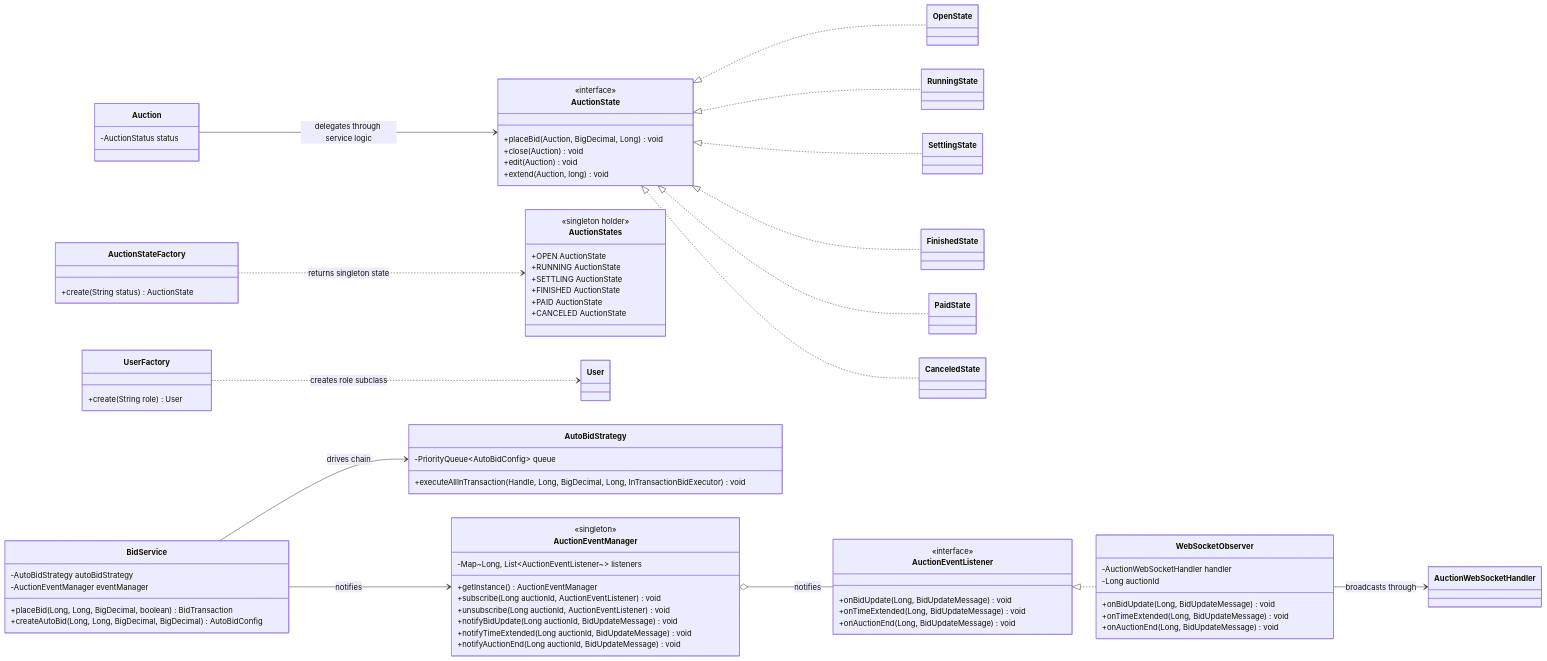
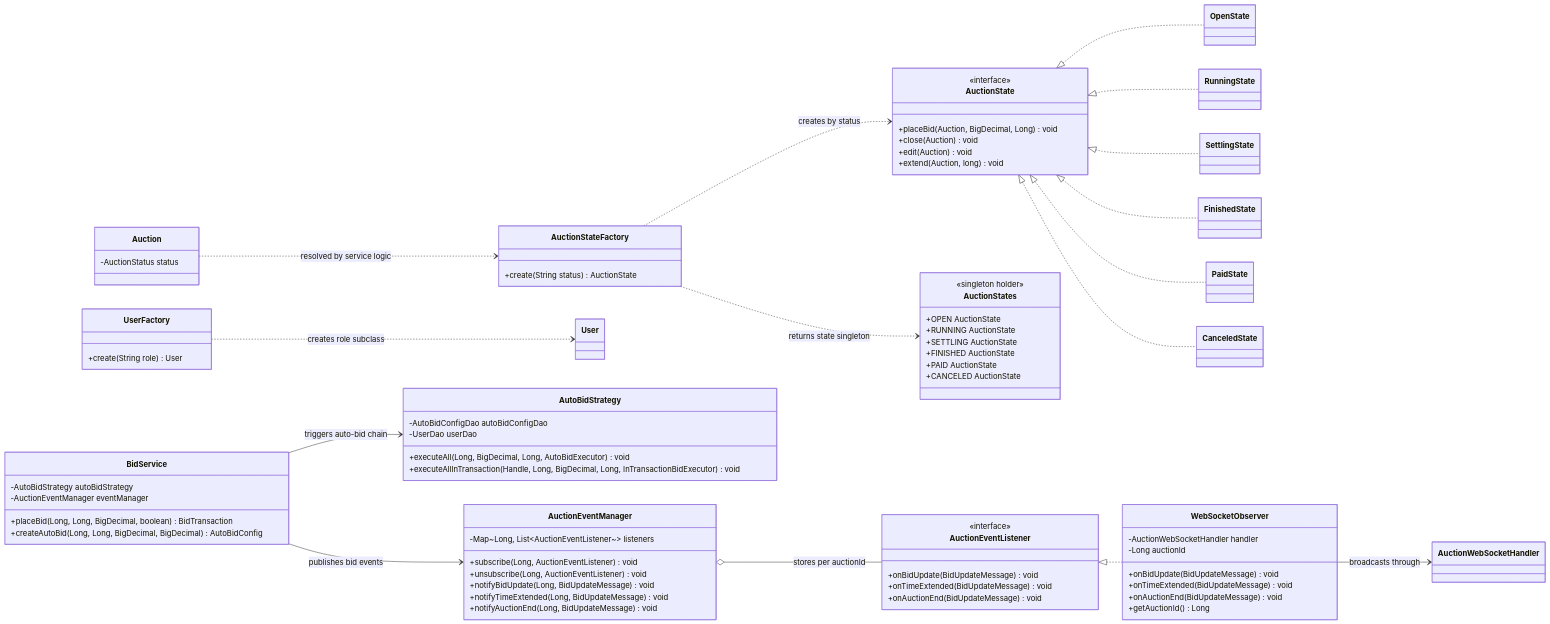
One commit to kieran-labs/oop-course-project-uet changed the third of 5 diagrams in README.md. Above: the diagram before and after it, drawn with Mermaid. The commit also changed other lines of this file, not shown here.

Commit message:
docs: align README diagrams and architecture with source

````diff
--- a/README.md
+++ b/README.md
@@ -284,12 +314,15 @@
     AuctionState <|.. FinishedState
     AuctionState <|.. PaidState
     AuctionState <|.. CanceledState
-    AuctionStateFactory ..> AuctionStates : returns singleton state
-    Auction --> AuctionState : delegates through service logic
+    AuctionStateFactory ..> AuctionStates : returns state singleton
+    AuctionStateFactory ..> AuctionState : creates by status
     UserFactory ..> User : creates role subclass
+    Auction ..> AuctionStateFactory : resolved by service logic
 
     class AutoBidStrategy {
-        -PriorityQueue~AutoBidConfig~ queue
+        -AutoBidConfigDao autoBidConfigDao
+        -UserDao userDao
+        +executeAll(Long, BigDecimal, Long, AutoBidExecutor) void
         +executeAllInTransaction(Handle, Long, BigDecimal, Long, InTransactionBidExecutor) void
     }
     class BidService {
@@ -299,34 +332,33 @@
         +createAutoBid(Long, Long, BigDecimal, BigDecimal) AutoBidConfig
     }
 
-    BidService --> AutoBidStrategy : drives chain
-    BidService --> AuctionEventManager : notifies
+    BidService --> AutoBidStrategy : triggers auto-bid chain
+    BidService --> AuctionEventManager : publishes bid events
 
     class AuctionEventListener {
         <<interface>>
-        +onBidUpdate(Long, BidUpdateMessage) void
-        +onTimeExtended(Long, BidUpdateMessage) void
-        +onAuctionEnd(Long, BidUpdateMessage) void
+        +onBidUpdate(BidUpdateMessage) void
+        +onTimeExtended(BidUpdateMessage) void
+        +onAuctionEnd(BidUpdateMessage) void
     }
     class AuctionEventManager {
-        <<singleton>>
         -Map~Long, List~AuctionEventListener~~ listeners
-        +getInstance() AuctionEventManager
-        +subscribe(Long auctionId, AuctionEventListener) void
-        +unsubscribe(Long auctionId, AuctionEventListener) void
-        +notifyBidUpdate(Long auctionId, BidUpdateMessage) void
-        +notifyTimeExtended(Long auctionId, BidUpdateMessage) void
-        +notifyAuctionEnd(Long auctionId, BidUpdateMessage) void
+        +subscribe(Long, AuctionEventListener) void
+        +unsubscribe(Long, AuctionEventListener) void
+        +notifyBidUpdate(Long, BidUpdateMessage) void
+        +notifyTimeExtended(Long, BidUpdateMessage) void
+        +notifyAuctionEnd(Long, BidUpdateMessage) void
     }
     class WebSocketObserver {
         -AuctionWebSocketHandler handler
         -Long auctionId
-        +onBidUpdate(Long, BidUpdateMessage) void
-        +onTimeExtended(Long, BidUpdateMessage) void
-        +onAuctionEnd(Long, BidUpdateMessage) void
+        +onBidUpdate(BidUpdateMessage) void
+        +onTimeExtended(BidUpdateMessage) void
+        +onAuctionEnd(BidUpdateMessage) void
+        +getAuctionId() Long
     }
 
     AuctionEventListener <|.. WebSocketObserver
-    AuctionEventManager o-- AuctionEventListener : notifies
+    AuctionEventManager o-- AuctionEventListener : stores per auctionId
     WebSocketObserver --> AuctionWebSocketHandler : broadcasts through
 ```
````
